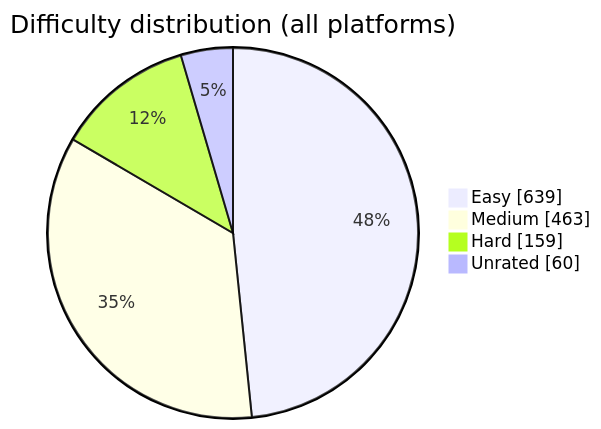
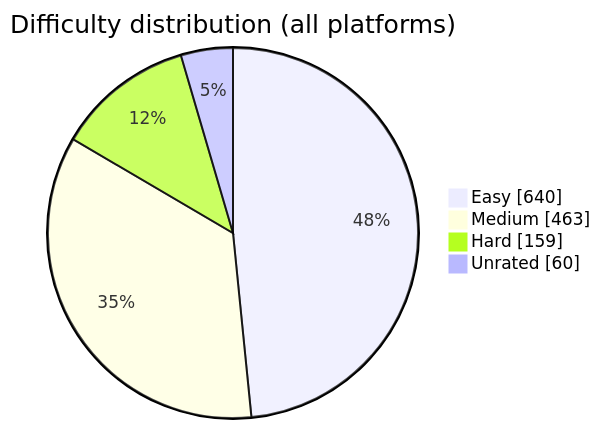
Before and after one commit to BuildbyArindam/Daily-Coding-Log: the diagram in README.md, drawn with Mermaid. The commit also changed other lines of this file, not shown here.

````diff
--- a/README.md
+++ b/README.md
@@ -93,7 +93,7 @@
 ```mermaid
 pie showData title Difficulty distribution (all platforms)
-    "Easy" : 639
+    "Easy" : 640
     "Medium" : 463
     "Hard" : 159
     "Unrated" : 60
 ```
````
